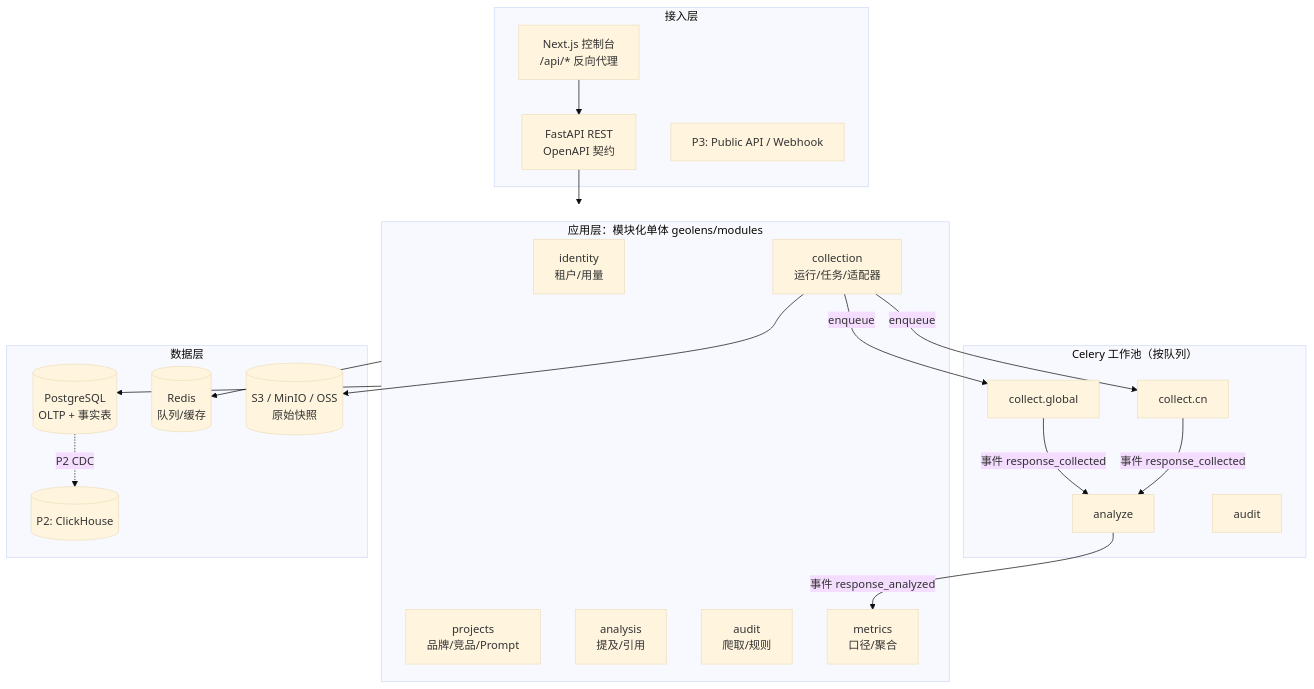
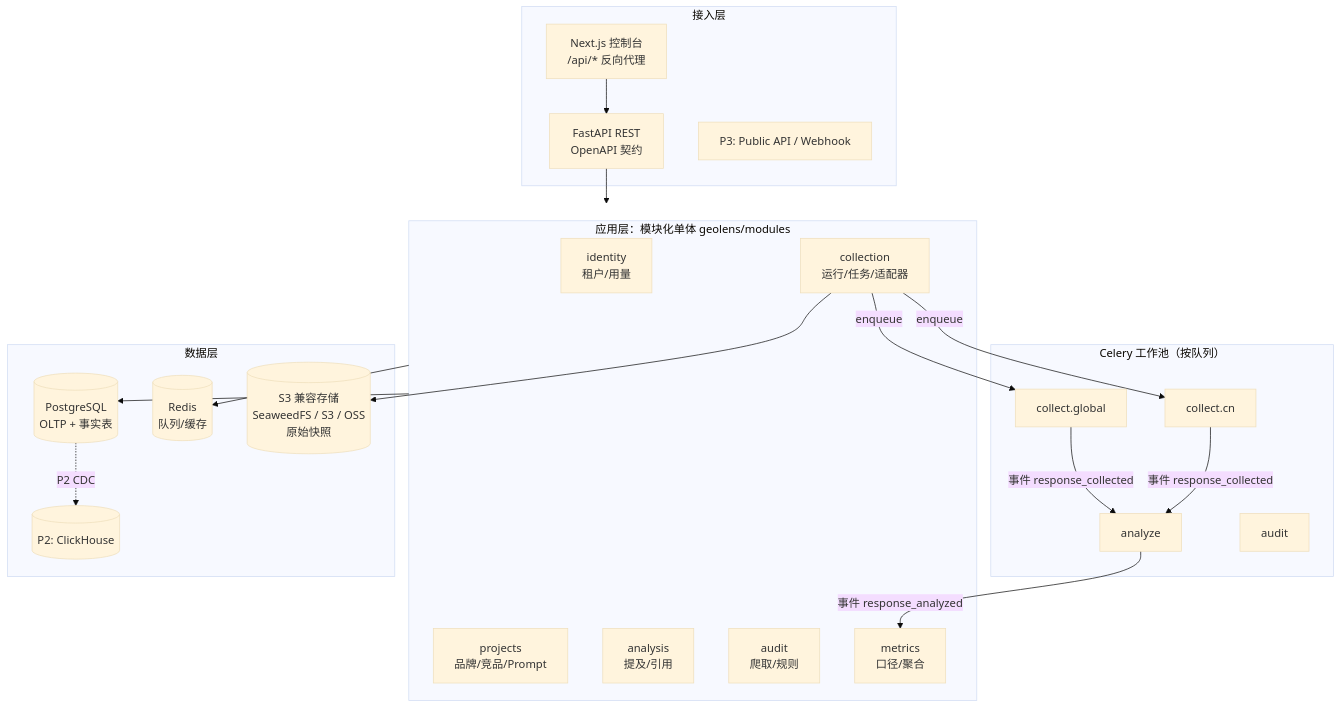
The first of 3 diagrams in docs/architecture.md (shiyunche44-collab/GeoLens), drawn with Mermaid (base theme) before and after one commit. The commit also changed other lines of this file and 20 other files, not shown here.

````diff
--- a/docs/architecture.md
+++ b/docs/architecture.md
@@ -28,35 +28,35 @@
 ```mermaid
 flowchart TB
   subgraph Access[接入层]
     WEB[Next.js 控制台<br/>/api/* 反向代理]
     API[FastAPI REST<br/>OpenAPI 契约]
     PUB[P3: Public API / Webhook]
   end
   subgraph Monolith[应用层：模块化单体 geolens/modules]
     ID[identity<br/>租户/用量]
     PR[projects<br/>品牌/竞品/Prompt]
     CO[collection<br/>运行/任务/适配器]
     AN[analysis<br/>提及/引用]
     AU[audit<br/>爬取/规则]
     ME[metrics<br/>口径/聚合]
   end
   subgraph Workers[Celery 工作池（按队列）]
     QCN[collect.cn]
     QGL[collect.global]
     QAN[analyze]
     QAU[audit]
   end
   subgraph Data[数据层]
     PG[(PostgreSQL<br/>OLTP + 事实表)]
     RD[(Redis<br/>队列/缓存)]
-    S3[(S3 / MinIO / OSS<br/>原始快照)]
+    S3[(S3 兼容存储<br/>SeaweedFS / S3 / OSS<br/>原始快照)]
     CH[(P2: ClickHouse)]
   end
   WEB --> API --> Monolith
   CO -- enqueue --> QCN & QGL
   QCN & QGL -- 事件 response_collected --> QAN
   QAN -- 事件 response_analyzed --> ME
   Monolith --> PG & RD
   CO --> S3
   PG -. P2 CDC .-> CH
 ```
````
